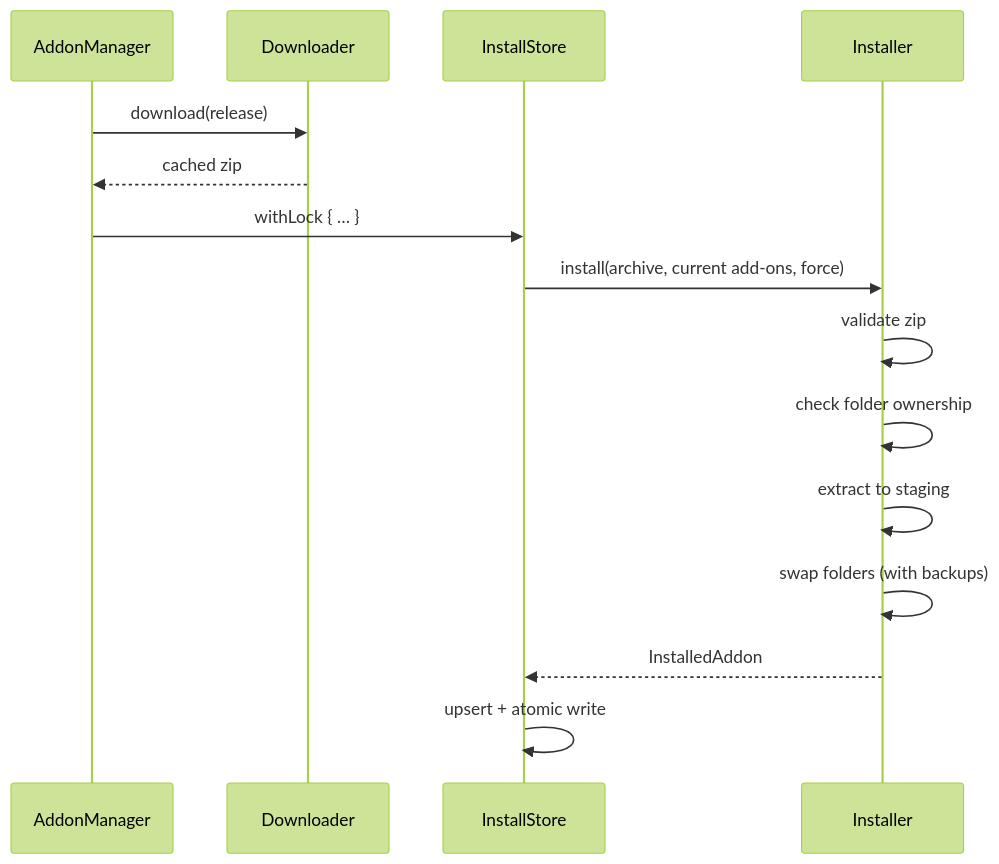
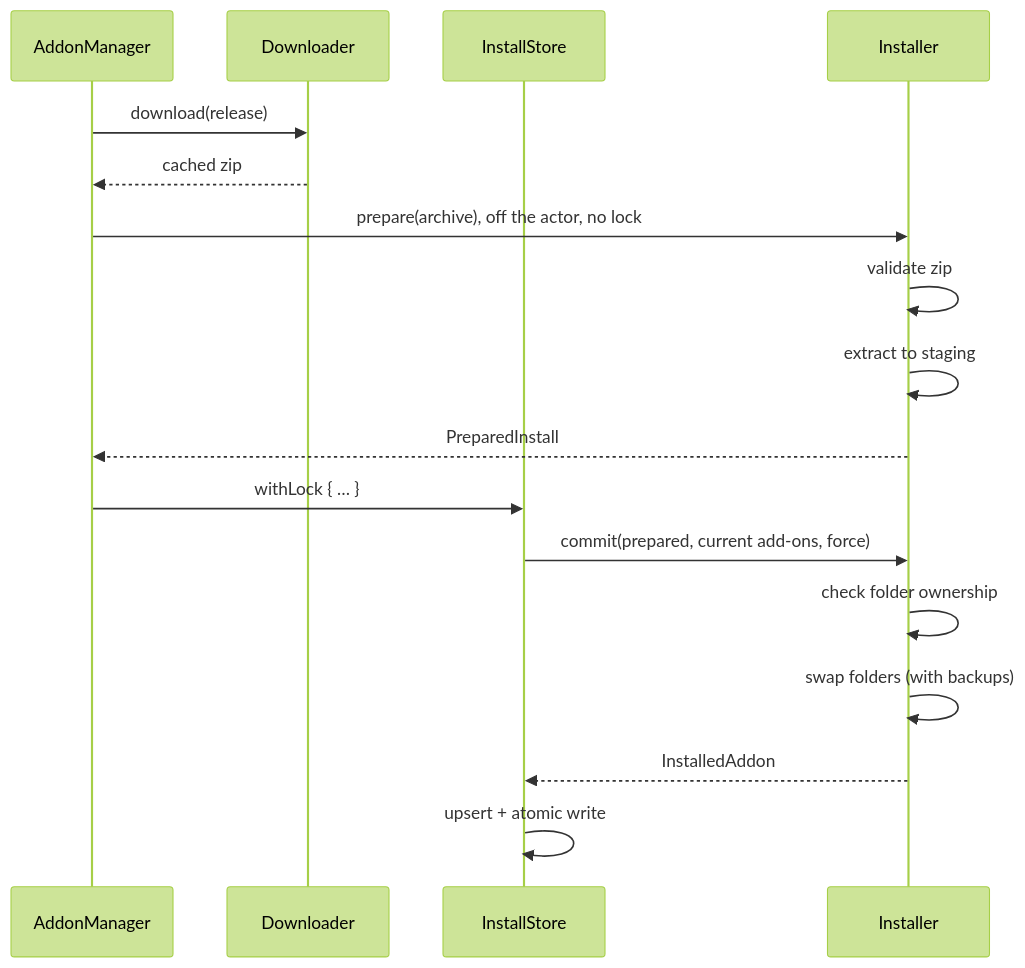
The diagram in docs/features/installing.md (miotke/reload), drawn with Mermaid (forest theme) before and after one commit. The commit also changed other lines of this file and 3 other files, not shown here.

First line of the commit message:
extract add-on zips before taking the store lock

````diff
--- a/docs/features/installing.md
+++ b/docs/features/installing.md
@@ -9,17 +9,19 @@
 ```mermaid
 sequenceDiagram
     participant M as AddonManager
     participant D as Downloader
     participant S as InstallStore
     participant I as Installer
     M->>D: download(release)
     D-->>M: cached zip
+    M->>I: prepare(archive), off the actor, no lock
+    I->>I: validate zip
+    I->>I: extract to staging
+    I-->>M: PreparedInstall
     M->>S: withLock { … }
-    S->>I: install(archive, current add-ons, force)
-    I->>I: validate zip
+    S->>I: commit(prepared, current add-ons, force)
     I->>I: check folder ownership
-    I->>I: extract to staging
     I->>I: swap folders (with backups)
     I-->>S: InstalledAddon
     S->>S: upsert + atomic write
 ```
````
